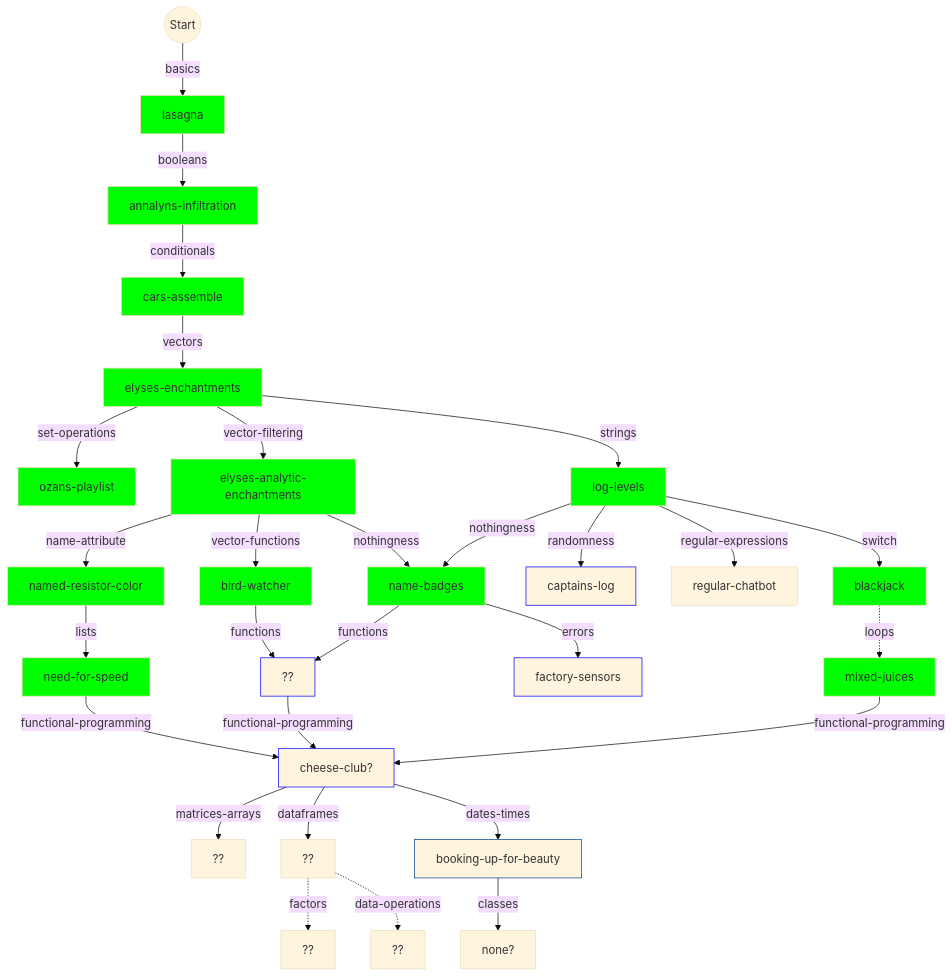
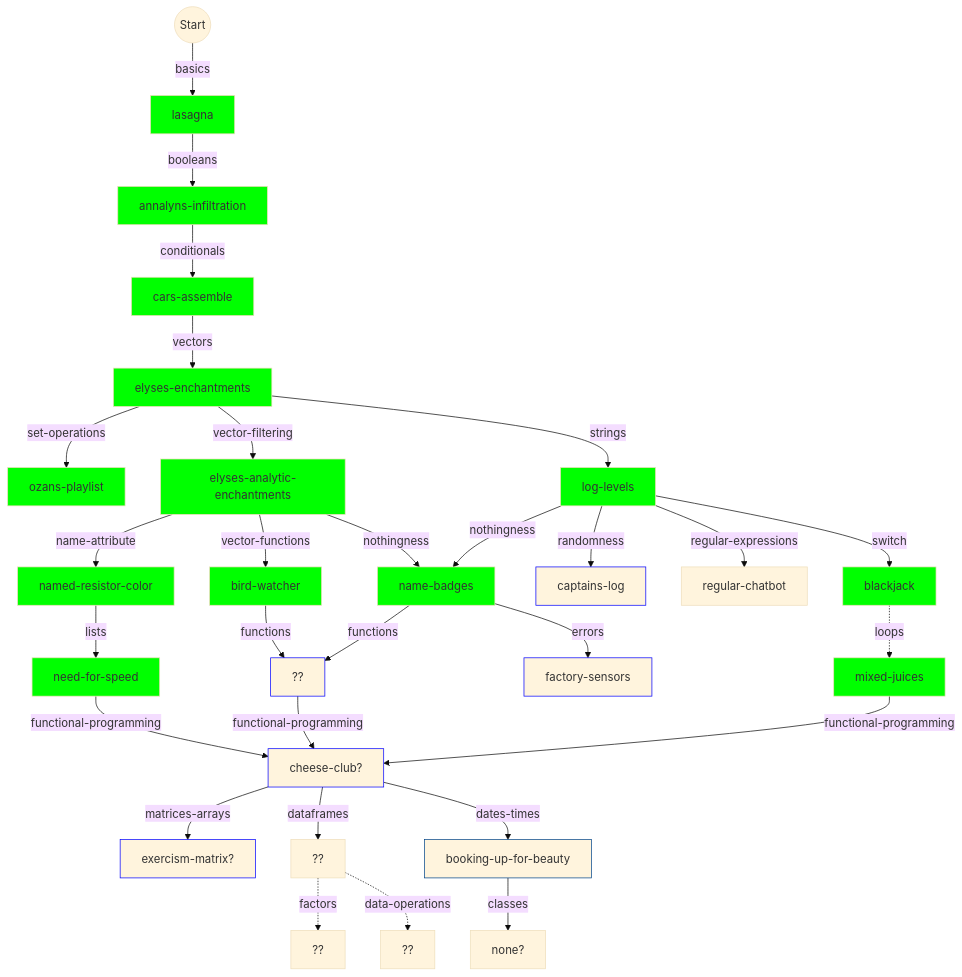
The first of 2 diagrams in r/flowchart.md (colinleach/learning-track-doodles), drawn with Mermaid (base theme) before and after one commit. The commit also changed 1 other file, not shown here.

Commit message:
flowchart

````diff
--- a/r/flowchart.md
+++ b/r/flowchart.md
@@ -10,74 +10,76 @@
 ```mermaid
 graph TD
     
 start(("Start")) --basics--> basics["lasagna"]
 style basics fill:#0f0
 
 basics --booleans--> booleans["annalyns-infiltration"]
 style booleans fill:#0f0
 
 booleans --conditionals--> conditionals["cars-assemble"]
 style conditionals fill:#0f0
 
 conditionals --vectors--> vectors["elyses-enchantments"]
 style vectors fill:#0f0
 
 switch -.loops.-> loops["mixed-juices"]
 style loops fill:#0f0
 
 vectors --set-operations--> set-operations["ozans-playlist"]
 style set-operations fill:#0f0
 
 name-attribute --lists--> lists["need-for-speed"]
 style lists fill:#0f0
 
 vectors --vector-filtering--> vector-filtering["elyses-analytic-enchantments"]
 style vector-filtering fill:#0f0
 
 vector-filtering --name-attribute--> name-attribute["named-resistor-color"]
 style name-attribute fill:#0f0
 
 vector-filtering --vector-functions--> vector-functions["bird-watcher"]
 style vector-functions fill:#0f0
 
 vectors --strings--> strings["log-levels"]
 style strings fill:#0f0
 
 vector-filtering --nothingness--> nothingness["name-badges"]
 strings --nothingness--> nothingness["name-badges"]
 style nothingness fill:#0f0
 
 strings --randomness--> randomness["captains-log"]
 style randomness stroke:#00f
 
 strings --regular-expressions--> regular-expressions["regular-chatbot"]
 
 strings --switch--> switch["blackjack"]
 style switch fill:#0f0
 
-functional-programming --matrices-arrays--> matrices-arrays["??"]
-style functions stroke:#00f
+functional-programming --matrices-arrays--> matrices-arrays["exercism-matrix?"]
+style matrices-arrays stroke:#00f
 
 lists --functional-programming--> functional-programming["cheese-club?"]
 functions --functional-programming--> functional-programming["cheese-club?"]
 loops --functional-programming--> functional-programming["cheese-club?"]
 style functional-programming stroke:#00f
 
 functional-programming --dataframes--> dataframes["??"]
 
 dataframes -.factors.-> factors["??"]
 
 dataframes -.data-operations.-> data-operations["??"]
 
 functional-programming --dates-times--> dates-times["booking-up-for-beauty"]
+style dates-times stroke:#00f
 
 vector-functions --functions--> functions["??"]
 nothingness --functions--> functions["??"]
+style functions stroke:#00f
 
 nothingness --errors--> errors["factory-sensors "]
 style errors stroke:#00f
 
 dates-times --classes--> classes["none?"]
 style dates-times stroke:#048
 
 ```
````
